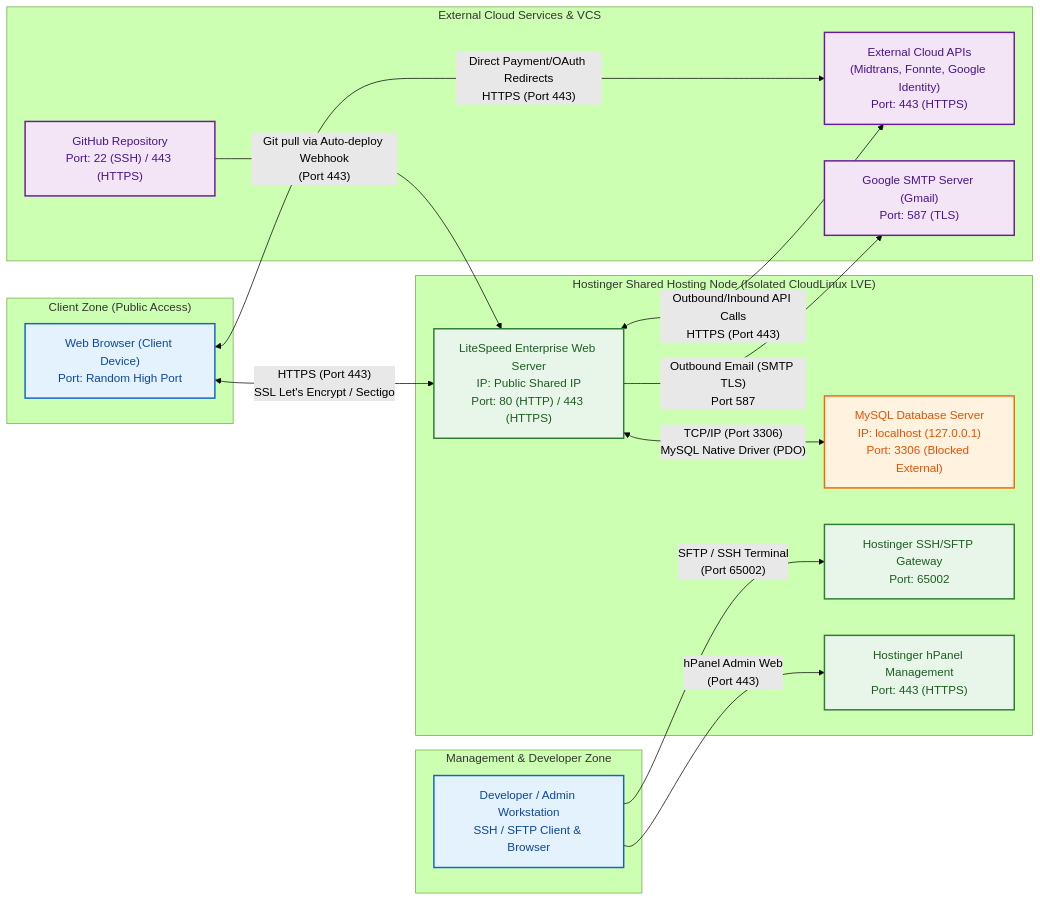
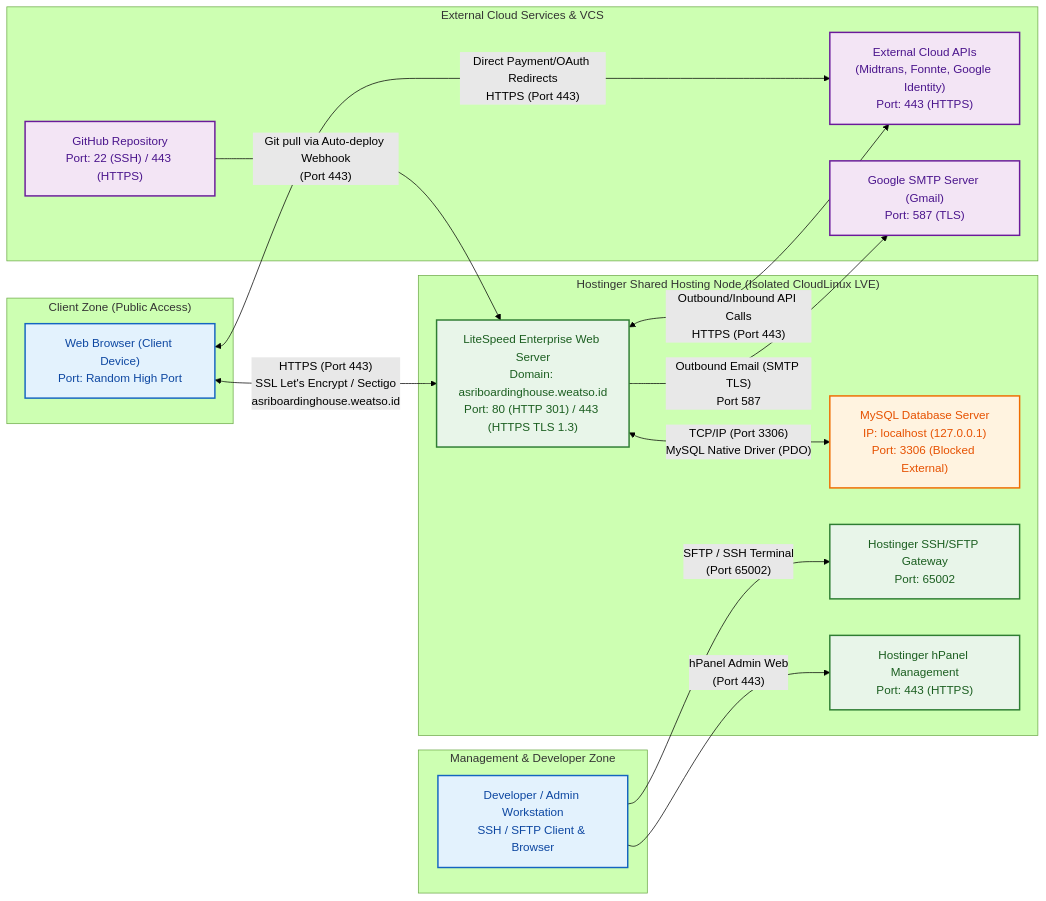
Before and after one commit to rafifarsyapradiva/asri-boarding-house: the diagram in Blueprint/deployment/deployment_network_topology.mmd, drawn with Mermaid (forest theme). The commit also changed 15 other files, not shown here.

Commit message:
docs(blueprint): harmonisasi infrastruktur hostinger produksi & finalisasi mutlak deployment diagram v244.0

```diff
--- a/Blueprint/deployment/deployment_network_topology.mmd
+++ b/Blueprint/deployment/deployment_network_topology.mmd
@@ -1,42 +1,42 @@
 flowchart LR
     subgraph ClientZone["Client Zone (Public Access)"]
         Browser["Web Browser (Client Device)<br/>Port: Random High Port"]
     end
 
     subgraph DevZone["Management & Developer Zone"]
         DevPC["Developer / Admin Workstation<br/>SSH / SFTP Client & Browser"]
     end
 
     subgraph HostingerZone["Hostinger Shared Hosting Node (Isolated CloudLinux LVE)"]
-        HostingerServer["LiteSpeed Enterprise Web Server<br/>IP: Public Shared IP<br/>Port: 80 (HTTP) / 443 (HTTPS)"]
+        HostingerServer["LiteSpeed Enterprise Web Server<br/>Domain: asriboardinghouse.weatso.id<br/>Port: 80 (HTTP 301) / 443 (HTTPS TLS 1.3)"]
         HostingerDB["MySQL Database Server<br/>IP: localhost (127.0.0.1)<br/>Port: 3306 (Blocked External)"]
         HostingerSSH["Hostinger SSH/SFTP Gateway<br/>Port: 65002"]
         HostingerPanel["Hostinger hPanel Management<br/>Port: 443 (HTTPS)"]
     end
 
     subgraph ExternalZone["External Cloud Services & VCS"]
         GitHub["GitHub Repository<br/>Port: 22 (SSH) / 443 (HTTPS)"]
         CloudAPIs["External Cloud APIs<br/>(Midtrans, Fonnte, Google Identity)<br/>Port: 443 (HTTPS)"]
         SMTPServer["Google SMTP Server (Gmail)<br/>Port: 587 (TLS)"]
     end
 
     %% Connections
-    Browser <-->|"HTTPS (Port 443)<br/>SSL Let's Encrypt / Sectigo"| HostingerServer
+    Browser <-->|"HTTPS (Port 443)<br/>SSL Let's Encrypt / Sectigo<br/>asriboardinghouse.weatso.id"| HostingerServer
     HostingerServer <-->|"TCP/IP (Port 3306)<br/>MySQL Native Driver (PDO)"| HostingerDB
     DevPC -->|"SFTP / SSH Terminal<br/>(Port 65002)"| HostingerSSH
     DevPC -->|"hPanel Admin Web<br/>(Port 443)"| HostingerPanel
     GitHub -->|"Git pull via Auto-deploy Webhook<br/>(Port 443)"| HostingerServer
     HostingerServer <-->|"Outbound/Inbound API Calls<br/>HTTPS (Port 443)"| CloudAPIs
     Browser <-->|"Direct Payment/OAuth Redirects<br/>HTTPS (Port 443)"| CloudAPIs
     HostingerServer -->|"Outbound Email (SMTP TLS)<br/>Port 587"| SMTPServer
 
     %% Styling
     classDef client fill:#E3F2FD,stroke:#1565C0,stroke-width:2px,color:#0D47A1;
     classDef server fill:#E8F5E9,stroke:#2E7D32,stroke-width:2px,color:#1B5E20;
     classDef db fill:#FFF3E0,stroke:#EF6C00,stroke-width:2px,color:#E65100;
     classDef ext fill:#F3E5F5,stroke:#6A1B9A,stroke-width:2px,color:#4A148C;
 
     class Browser,DevPC client;
     class HostingerServer,HostingerSSH,HostingerPanel server;
     class HostingerDB db;
     class CloudAPIs,GitHub,SMTPServer ext;
```
